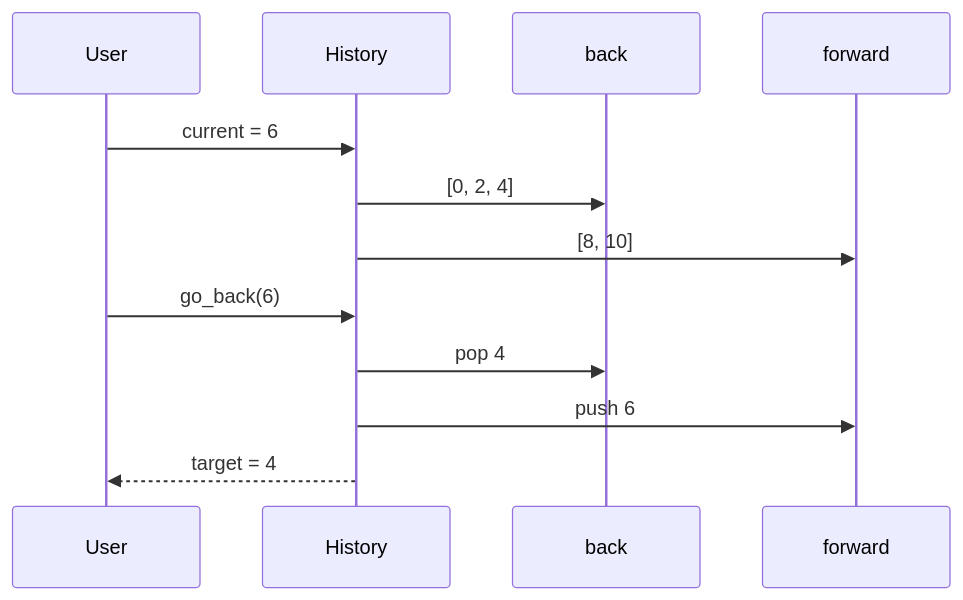
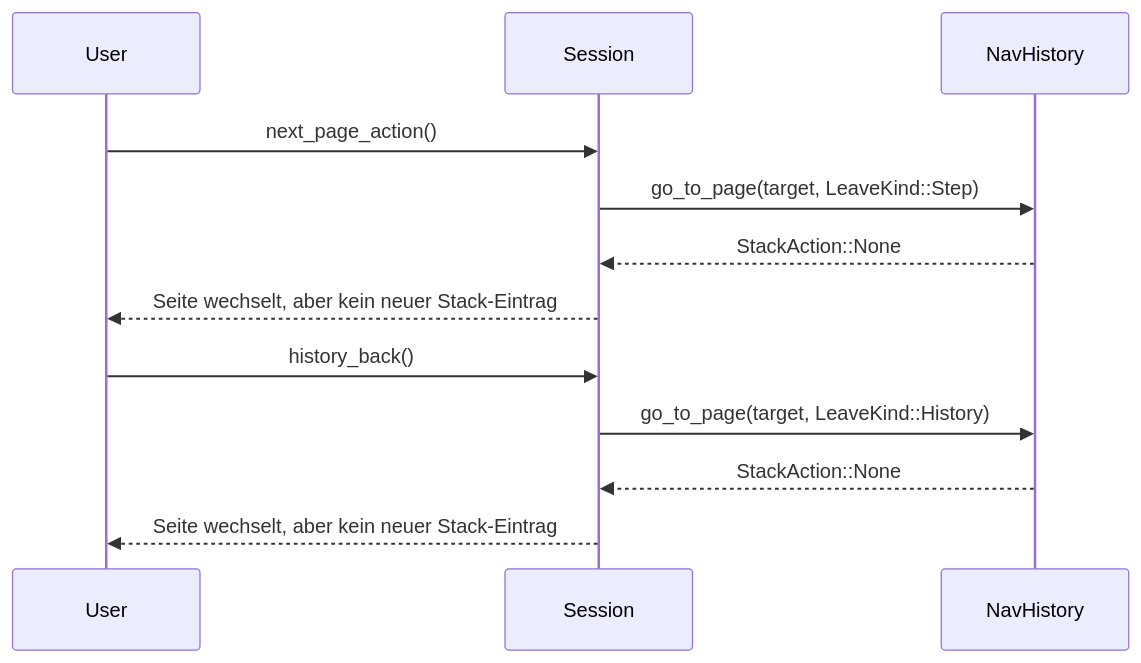
Before and after one commit to tedeler/pdfpc_qt6: the second of 3 diagrams in docs/nav-history-visualization.md, drawn with Mermaid. The commit also changed other lines of this file, not shown here.

Commit message:
Correct the nav history documentation to distinguish stack-producing jumps from non-stack page navigation

````diff
--- a/docs/nav-history-visualization.md
+++ b/docs/nav-history-visualization.md
@@ -72,15 +211,16 @@
 ```mermaid
 sequenceDiagram
     participant User
-    participant History
-    participant Back as back
-    participant Forward as forward
+    participant Session
+    participant History as NavHistory
 
-    User->>History: current = 6
-    History->>Back: [0, 2, 4]
-    History->>Forward: [8, 10]
-    User->>History: go_back(6)
-    History->>Back: pop 4
-    History->>Forward: push 6
-    History-->>User: target = 4
+    User->>Session: next_page_action()
+    Session->>History: go_to_page(target, LeaveKind::Step)
+    History-->>Session: StackAction::None
+    Session-->>User: Seite wechselt, aber kein neuer Stack-Eintrag
+
+    User->>Session: history_back()
+    Session->>History: go_to_page(target, LeaveKind::History)
+    History-->>Session: StackAction::None
+    Session-->>User: Seite wechselt, aber kein neuer Stack-Eintrag
 ```
````
